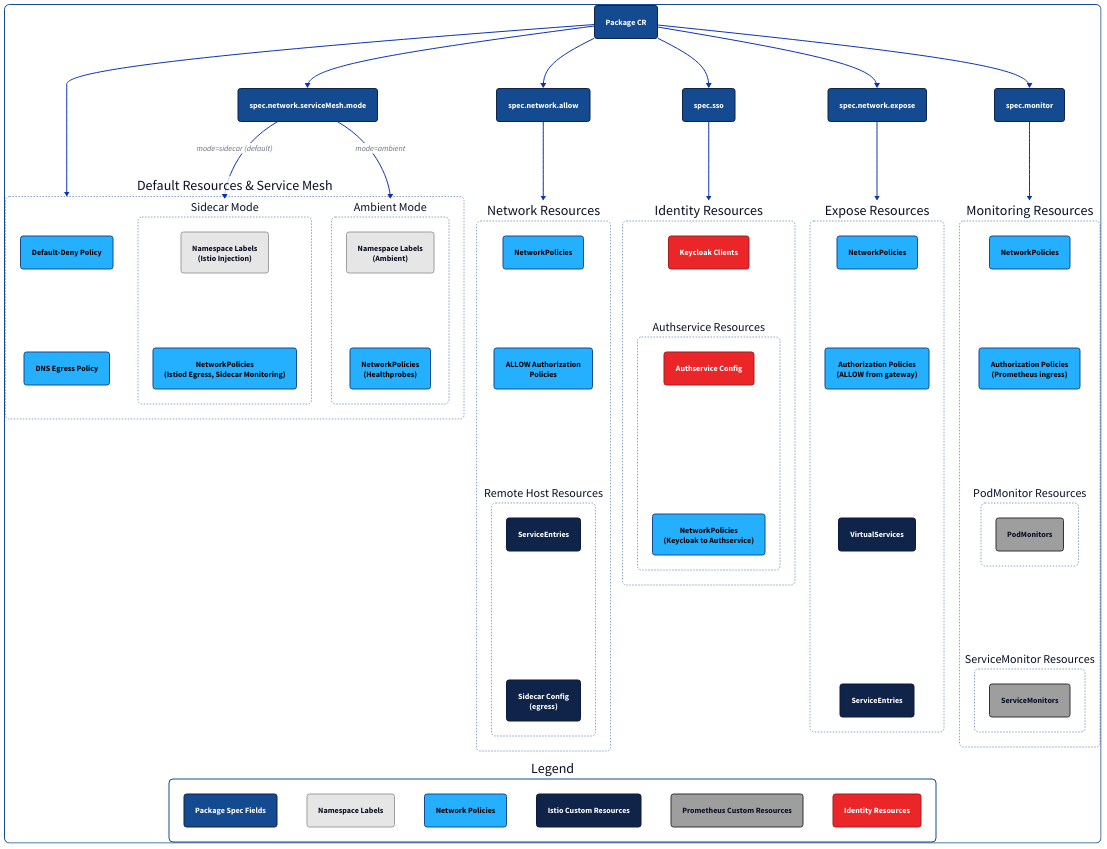
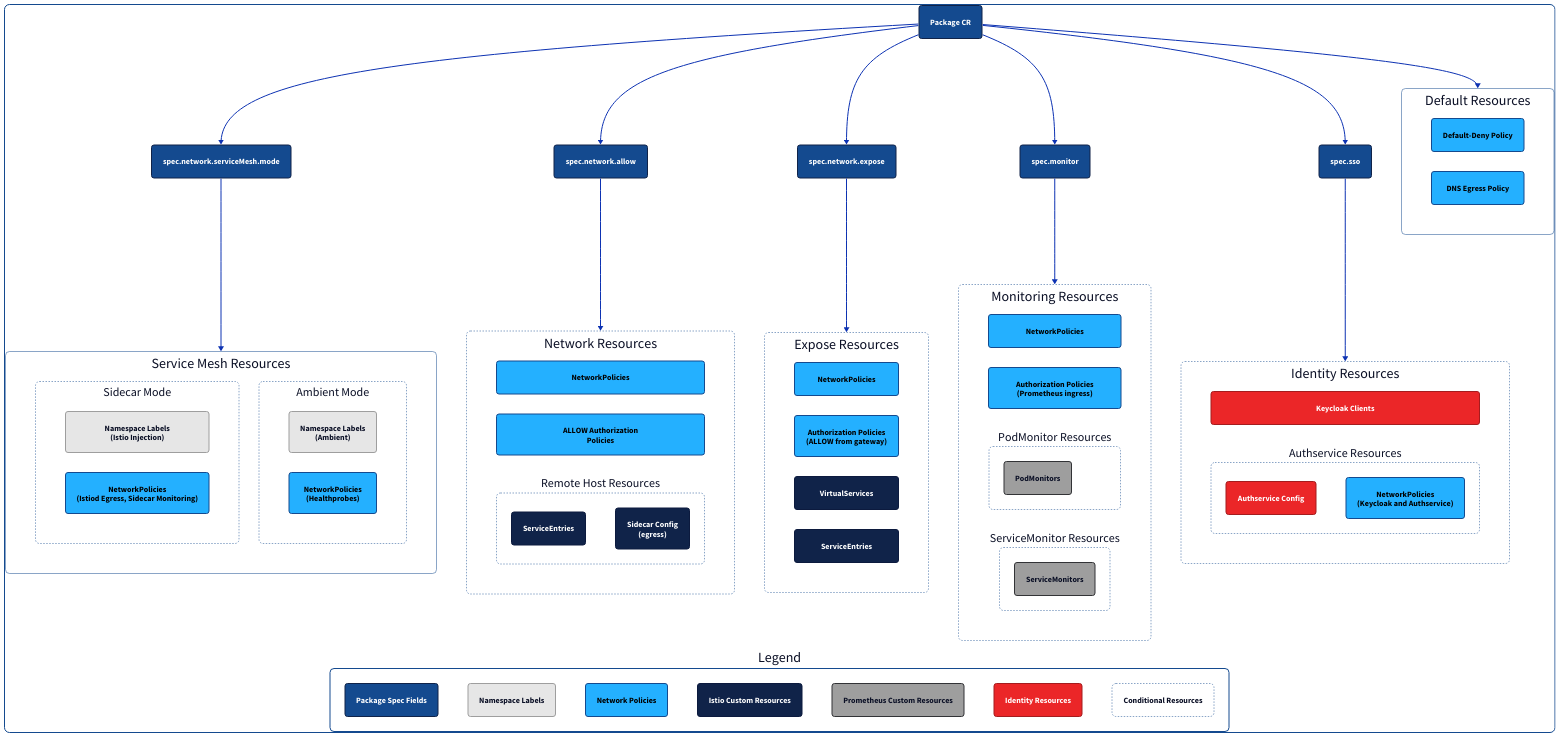
Before and after one commit to defenseunicorns/uds-core: the diagram in docs/.images/diagrams/operator-resource-tree.d2, drawn with D2. The commit also changed 3 other files, not shown here.

Commit message:
wip: update diagram

```diff
--- a/docs/.images/diagrams/operator-resource-tree.d2
+++ b/docs/.images/diagrams/operator-resource-tree.d2
@@ -72,6 +72,14 @@
       stroke-dash: 3
     }
   }
+  containerNoDash: {
+    style: {
+      fill: "transparent"
+      stroke: "#144a8f"
+      stroke-width: 1
+      border-radius: 8
+    }
+  }
 }
 
 # Main Package CR
@@ -108,9 +116,10 @@
 
 # Default Resources & Service Mesh
 DefaultResources: {
-  label: "Default Resources & Service Mesh"
-  class: container
+  label: "Default Resources"
+  class: containerNoDash
   direction: down
+  grid-columns: 1
 
   DefPol: {
     label: "Default-Deny Policy"
@@ -121,11 +130,19 @@
     label: "DNS Egress Policy"
     class: networkResource
   }
+}
+
+ServiceMeshResources: {
+  label: "Service Mesh Resources"
+  class: containerNoDash
+  direction: down
+  grid-columns: 2
 
   SidecarResources: {
     label: "Sidecar Mode"
     class: container
     direction: down
+    grid-columns: 1
 
     NSLabelsSidecar: {
       label: "Namespace Labels\n(Istio Injection)"
@@ -142,6 +159,7 @@
     label: "Ambient Mode"
     class: container
     direction: down
+    grid-columns: 1
 
     NSLabelsAmbient: {
       label: "Namespace Labels\n(Ambient)"
@@ -160,6 +178,17 @@
   label: "Network Resources"
   class: container
   direction: down
+  grid-columns: 1
+
+  AllowNetPol: {
+    label: "NetworkPolicies"
+    class: networkResource
+  }
+
+  AllowAuthPol: {
+    label: "ALLOW Authorization\nPolicies"
+    class: networkResource
+  }
 
   RemoteHostResources: {
     label: "Remote Host Resources"
@@ -176,16 +205,6 @@
       class: istioResource
     }
   }
-
-  AllowNetPol: {
-    label: "NetworkPolicies"
-    class: networkResource
-  }
-
-  AllowAuthPol: {
-    label: "ALLOW Authorization\nPolicies"
-    class: networkResource
-  }
 }
 
 # Identity Resources
@@ -193,6 +212,12 @@
   label: "Identity Resources"
   class: container
   direction: down
+  grid-columns: 1
+
+  KeycloakClients: {
+    label: "Keycloak Clients"
+    class: authResource
+  }
 
   AuthserviceResources: {
     label: "Authservice Resources"
@@ -205,14 +230,9 @@
     }
 
     AuthserviceNetPol: {
-      label: "NetworkPolicies\n(Keycloak to Authservice)"
+      label: "NetworkPolicies\n(Keycloak and Authservice)"
       class: networkResource
     }
-  }
-
-  KeycloakClients: {
-    label: "Keycloak Clients"
-    class: authResource
   }
 }
 
@@ -221,6 +241,7 @@
   label: "Expose Resources"
   class: container
   direction: down
+  grid-columns: 1
 
   ExposeNetPol: {
     label: "NetworkPolicies"
@@ -248,6 +269,7 @@
   label: "Monitoring Resources"
   class: container
   direction: down
+  grid-columns: 1
 
   MonitorNetPols: {
     label: "NetworkPolicies"
@@ -299,42 +321,21 @@
   L4: {label: "Istio Custom Resources"; class: istioResource}
   L5: {label: "Prometheus Custom Resources"; class: monitorResource}
   L6: {label: "Identity Resources"; class: authResource}
+  L7: {label: "Conditional Resources"; class: container}
 
   near: "bottom-center"
 }
 
 # Edges
+Package -> DefaultResources
+Package -> ServiceMeshSpec
 Package -> AllowSpec
 Package -> ExposeSpec
-Package -> ServiceMeshSpec
 Package -> MonitorSpec
 Package -> SSOSpec
-Package -> DefaultResources
 
-ServiceMeshSpec -> DefaultResources.SidecarResources: "mode=sidecar (default)"
-ServiceMeshSpec -> DefaultResources.AmbientResources: "mode=ambient"
-
+ServiceMeshSpec -> ServiceMeshResources
 AllowSpec -> NetworkResources
 SSOSpec -> IdentityResources
 ExposeSpec -> ExposeResources
 MonitorSpec -> MonitoringResources
-
-# Invisible‐edge ordering inside each container
-DefaultResources.DefPol -> DefaultResources.DNSPol: {style.stroke: transparent}
-DefaultResources.SidecarResources.NSLabelsSidecar -> DefaultResources.SidecarResources.SidecarNetPols: {style.stroke: transparent}
-DefaultResources.AmbientResources.NSLabelsAmbient -> DefaultResources.AmbientResources.AmbientNetPols: {style.stroke: transparent}
-
-NetworkResources.AllowNetPol -> NetworkResources.AllowAuthPol: {style.stroke: transparent}
-NetworkResources.RemoteHostResources.RemoteSvcEntry -> NetworkResources.RemoteHostResources.RemoteSidecar: {style.stroke: transparent}
-NetworkResources.AllowAuthPol -> NetworkResources.RemoteHostResources: {style.stroke: transparent}
-
-IdentityResources.KeycloakClients -> IdentityResources.AuthserviceResources: {style.stroke: transparent}
-IdentityResources.AuthserviceResources.AuthserviceConfig -> IdentityResources.AuthserviceResources.AuthserviceNetPol: {style.stroke: transparent}
-
-ExposeResources.ExposeNetPol -> ExposeResources.ExposeAuthPol: {style.stroke: transparent}
-ExposeResources.ExposeAuthPol -> ExposeResources.ExposeVirtSvc: {style.stroke: transparent}
-ExposeResources.ExposeVirtSvc -> ExposeResources.ExposeSvcEntry: {style.stroke: transparent}
-
-MonitoringResources.MonitorNetPols -> MonitoringResources.MonitorAuthPols: {style.stroke: transparent}
-MonitoringResources.MonitorAuthPols -> MonitoringResources.PodMonitorResources: {style.stroke: transparent}
-MonitoringResources.PodMonitorResources -> MonitoringResources.ServiceMonitorResources: {style.stroke: transparent}
```
